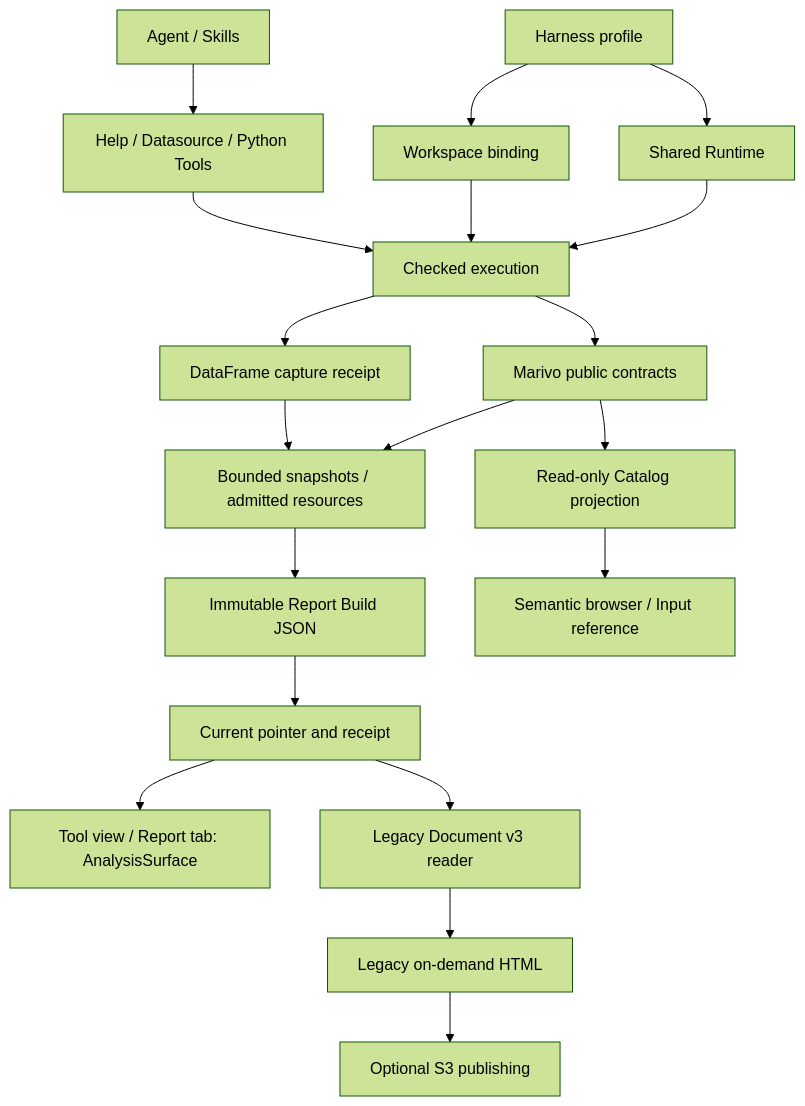
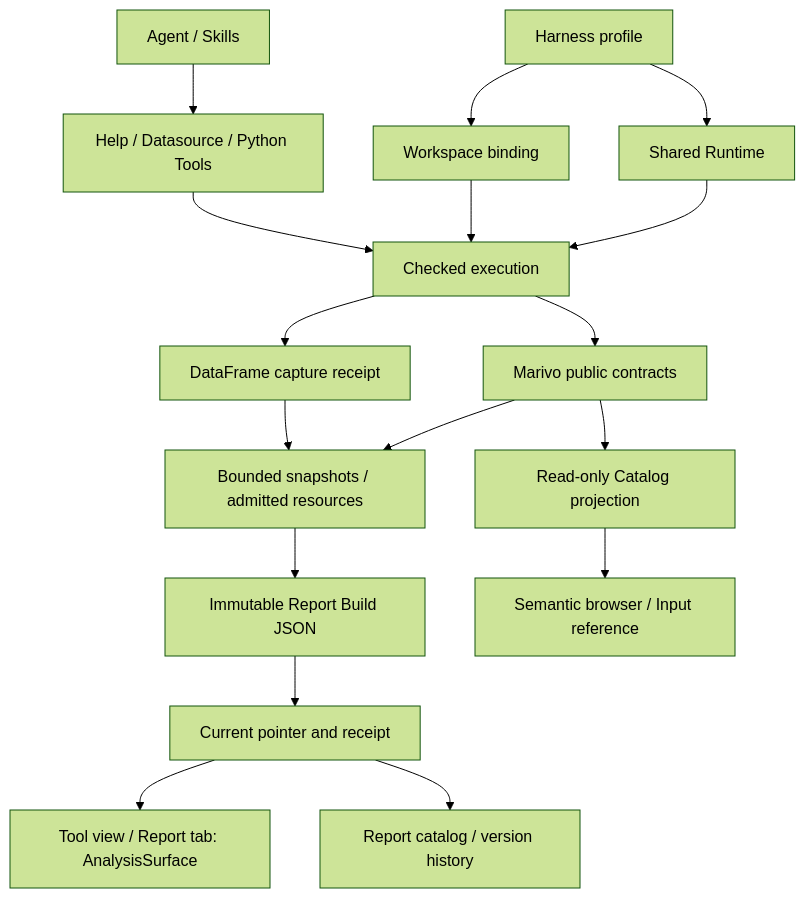
The diagram in docs/architecture.md (chengxianglibra/dsh-data-analysis), drawn with Mermaid (forest theme) before and after one commit. The commit also changed other lines of this file and 254 other files, not shown here.

First line of the commit message:
refactor!: remove legacy report reader and Draft pipeline

````diff
--- a/docs/architecture.md
+++ b/docs/architecture.md
@@ -46,21 +46,19 @@
 ```mermaid
 flowchart TD
   H[Harness profile] --> R[Shared Runtime]
   H --> W[Workspace binding]
   R --> E[Checked execution]
   W --> E
   A[Agent / Skills] --> T[Help / Datasource / Python Tools]
   T --> E
   E --> M[Marivo public contracts]
   E --> C[DataFrame capture receipt]
   M --> P[Bounded snapshots / admitted resources]
   C --> P
   P --> B[Immutable Report Build JSON]
   B --> U[Current pointer and receipt]
   U --> V[Tool view / Report tab: AnalysisSurface]
-  U --> L[Legacy Document v3 reader]
-  L --> O[Legacy on-demand HTML]
-  O --> S[Optional S3 publishing]
+  U --> K[Report catalog / version history]
   M --> Q[Read-only Catalog projection]
   Q --> I[Semantic browser / Input reference]
 ```
````
